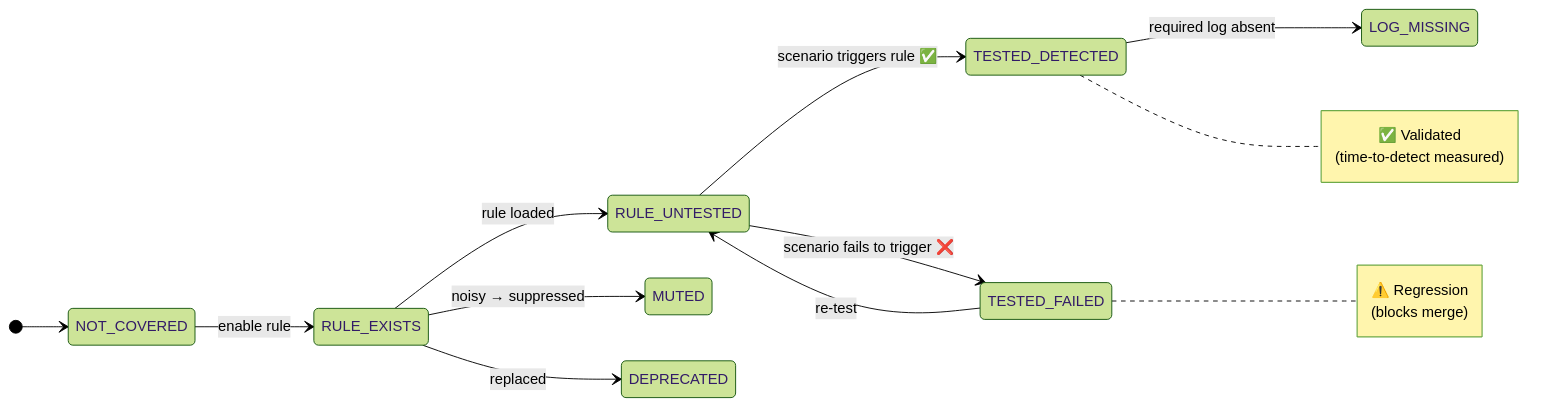
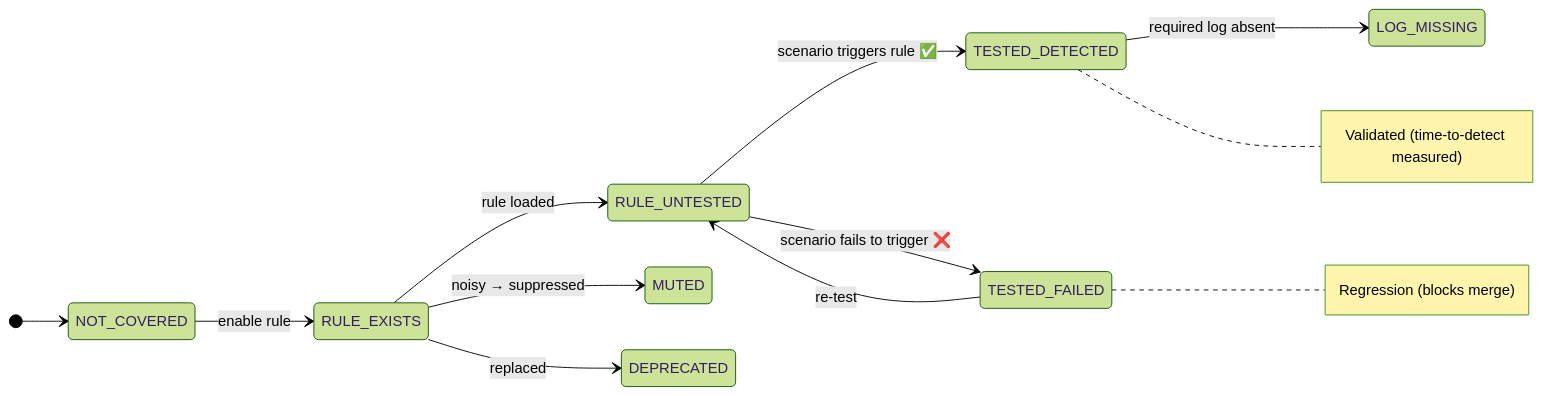
Before and after one commit to omarbabba779xx/CyberTwin-SOC: the ninth of 19 diagrams in README.md, drawn with Mermaid (forest theme). The commit also changed other lines of this file, not shown here.

First line of the commit message:
docs(readme): fix Mermaid diagrams for GitHub rendering

````diff
--- a/README.md
+++ b/README.md
@@ -590,16 +592,16 @@
 ```mermaid
 stateDiagram-v2
     direction LR
     [*] --> NOT_COVERED
     NOT_COVERED --> RULE_EXISTS: enable rule
     RULE_EXISTS --> RULE_UNTESTED: rule loaded
     RULE_UNTESTED --> TESTED_DETECTED: scenario triggers rule ✅
     RULE_UNTESTED --> TESTED_FAILED: scenario fails to trigger ❌
     TESTED_DETECTED --> LOG_MISSING: required log absent
     RULE_EXISTS --> MUTED: noisy → suppressed
     RULE_EXISTS --> DEPRECATED: replaced
     TESTED_FAILED --> RULE_UNTESTED: re-test
 
-    note right of TESTED_DETECTED: ✅ Validated<br/>(time-to-detect measured)
-    note right of TESTED_FAILED: ⚠️ Regression<br/>(blocks merge)
+    note right of TESTED_DETECTED: Validated (time-to-detect measured)
+    note right of TESTED_FAILED: Regression (blocks merge)
 ```
````
